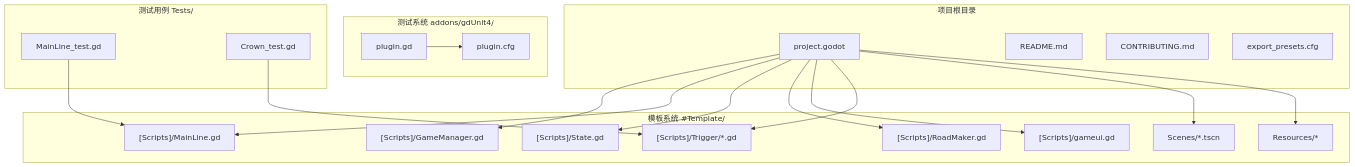
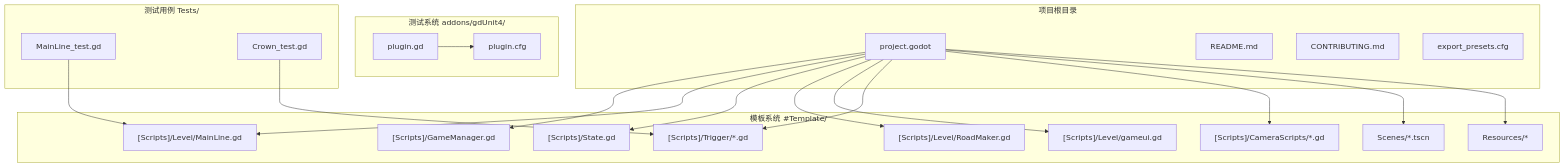
One commit to godotline/godot-line changed the first of 13 diagrams in .qoder/repowiki/zh/content/模板系统/示例场景.md. Above: the diagram before and after it, drawn with Mermaid. The commit also changed other lines of this file and 10 other files, not shown here.

````diff
--- a/.qoder/repowiki/zh/content/模板系统/示例场景.md
+++ b/.qoder/repowiki/zh/content/模板系统/示例场景.md
@@ -54,38 +67,40 @@
 ```mermaid
 graph TB
 subgraph "项目根目录"
 A["project.godot"]
 B["README.md"]
 C["CONTRIBUTING.md"]
 D["export_presets.cfg"]
 end
 subgraph "模板系统 #Template/"
 E["[Scripts]/GameManager.gd"]
-F["[Scripts]/MainLine.gd"]
+F["[Scripts]/Level/MainLine.gd"]
 G["[Scripts]/State.gd"]
-H["[Scripts]/RoadMaker.gd"]
-I["[Scripts]/gameui.gd"]
+H["[Scripts]/Level/RoadMaker.gd"]
+I["[Scripts]/Level/gameui.gd"]
 J["[Scripts]/Trigger/*.gd"]
-K["Scenes/*.tscn"]
-L["Resources/*"]
+K["[Scripts]/CameraScripts/*.gd"]
+L["Scenes/*.tscn"]
+M["Resources/*"]
 end
 subgraph "测试系统 addons/gdUnit4/"
-M["plugin.gd"]
-N["plugin.cfg"]
+N["plugin.gd"]
+O["plugin.cfg"]
 end
 subgraph "测试用例 Tests/"
-O["MainLine_test.gd"]
-P["Crown_test.gd"]
+P["MainLine_test.gd"]
+Q["Crown_test.gd"]
 end
 A --> E
 A --> F
 A --> G
 A --> H
 A --> I
 A --> J
 A --> K
 A --> L
-M --> N
-O --> F
-P --> J
+A --> M
+N --> O
+P --> F
+Q --> J
 ```
````
